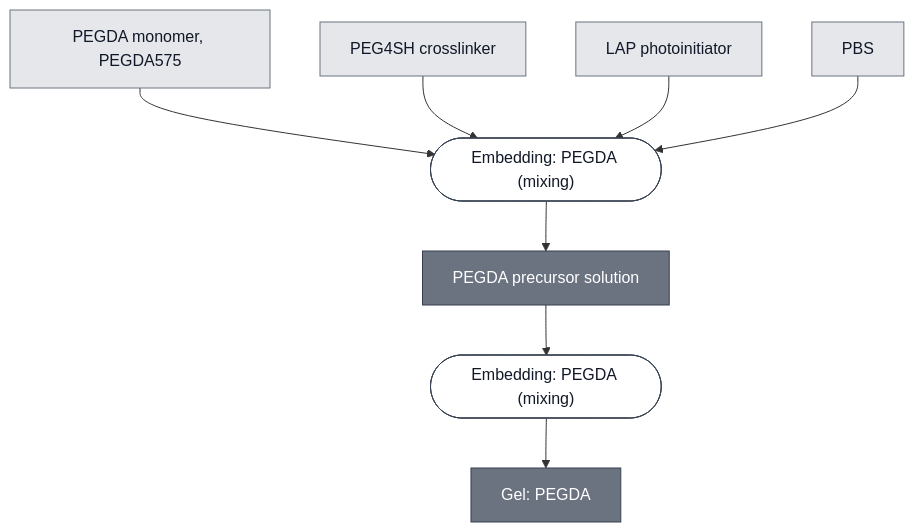
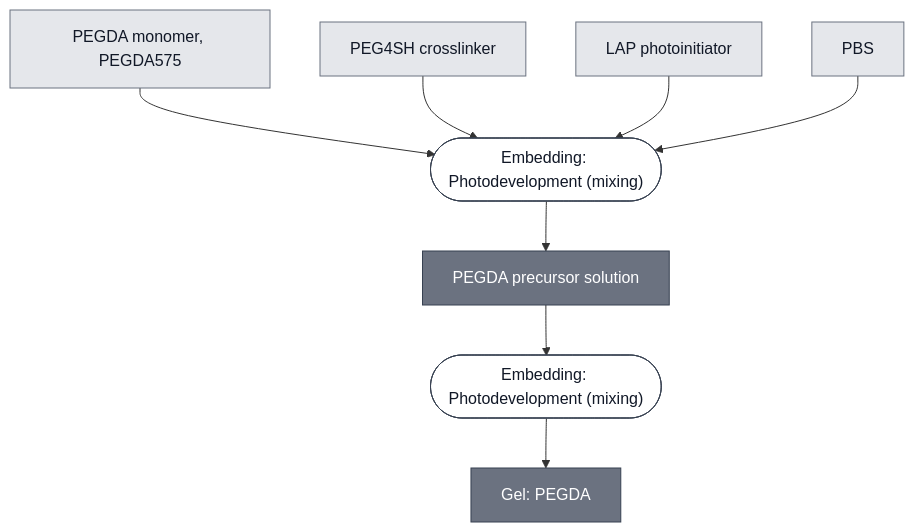
The diagram in docs/modules/gel-pegda/spec.md (nucleus-eng/nucleus-docs), drawn with Mermaid before and after one commit. The commit also changed other lines of this file and 50 other files, not shown here.

````diff
--- a/docs/modules/gel-pegda/spec.md
+++ b/docs/modules/gel-pegda/spec.md
@@ -41,33 +41,33 @@
 ```mermaid
 flowchart TD
     PEGDA575["PEGDA monomer, PEGDA575"]
     PEG4SH["PEG4SH crosslinker"]
     LAP["LAP photoinitiator"]
     PBS["PBS"]
 
-    P1_ASSEMBLE_PRECURSOR_0(["Embedding: PEGDA (mixing)"])
+    P1_ASSEMBLE_PRECURSOR_0(["Embedding: Photodevelopment (mixing)"])
     PEGDA_PRECURSOR["PEGDA precursor solution"]
-    P2_PHOTOPATTERN_0(["Embedding: PEGDA (mixing)"])
+    P2_PHOTOPATTERN_0(["Embedding: Photodevelopment (mixing)"])
     GEL_PEGDA["Gel: PEGDA"]
 
     PEGDA575 --> P1_ASSEMBLE_PRECURSOR_0
     PEG4SH --> P1_ASSEMBLE_PRECURSOR_0
     LAP --> P1_ASSEMBLE_PRECURSOR_0
     PBS --> P1_ASSEMBLE_PRECURSOR_0
     P1_ASSEMBLE_PRECURSOR_0 --> PEGDA_PRECURSOR
 
     PEGDA_PRECURSOR --> P2_PHOTOPATTERN_0
     P2_PHOTOPATTERN_0 --> GEL_PEGDA
 
 
     classDef leaf     fill:#e5e7eb,stroke:#6b7280,color:#111827;
     classDef composed fill:#6b7280,stroke:#374151,color:#ffffff;
     classDef process  fill:#ffffff,stroke:#374151,color:#111827;
     class PEGDA575,PEG4SH,LAP,PBS leaf;
     class PEGDA_PRECURSOR,GEL_PEGDA composed;
     class P1_ASSEMBLE_PRECURSOR_0,P2_PHOTOPATTERN_0 process;
 
-    click P1_ASSEMBLE_PRECURSOR_0 "/docs/processes/embed-pegda/main"
-    click P2_PHOTOPATTERN_0 "/docs/processes/embed-pegda/main"
+    click P1_ASSEMBLE_PRECURSOR_0 "/docs/processes/embed-photodevelopment/main"
+    click P2_PHOTOPATTERN_0 "/docs/processes/embed-photodevelopment/main"
     click GEL_PEGDA "/docs/modules/gel-pegda/spec"
 ```
````
